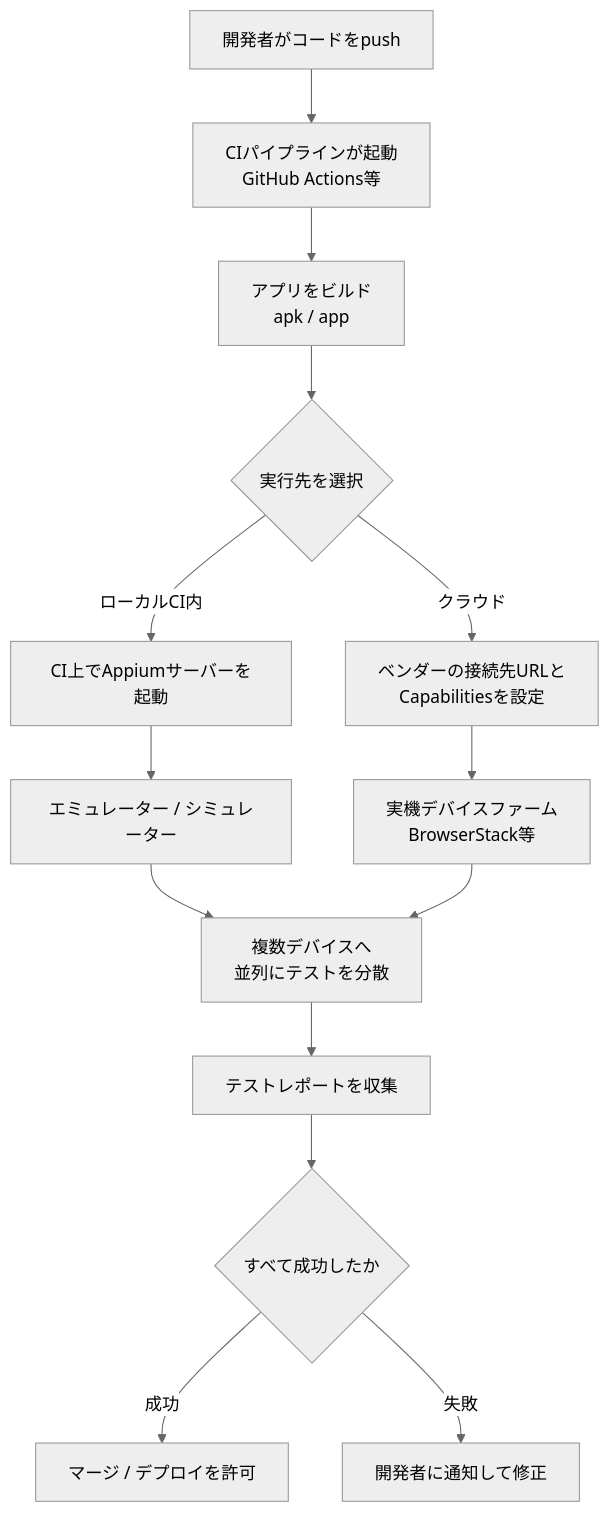
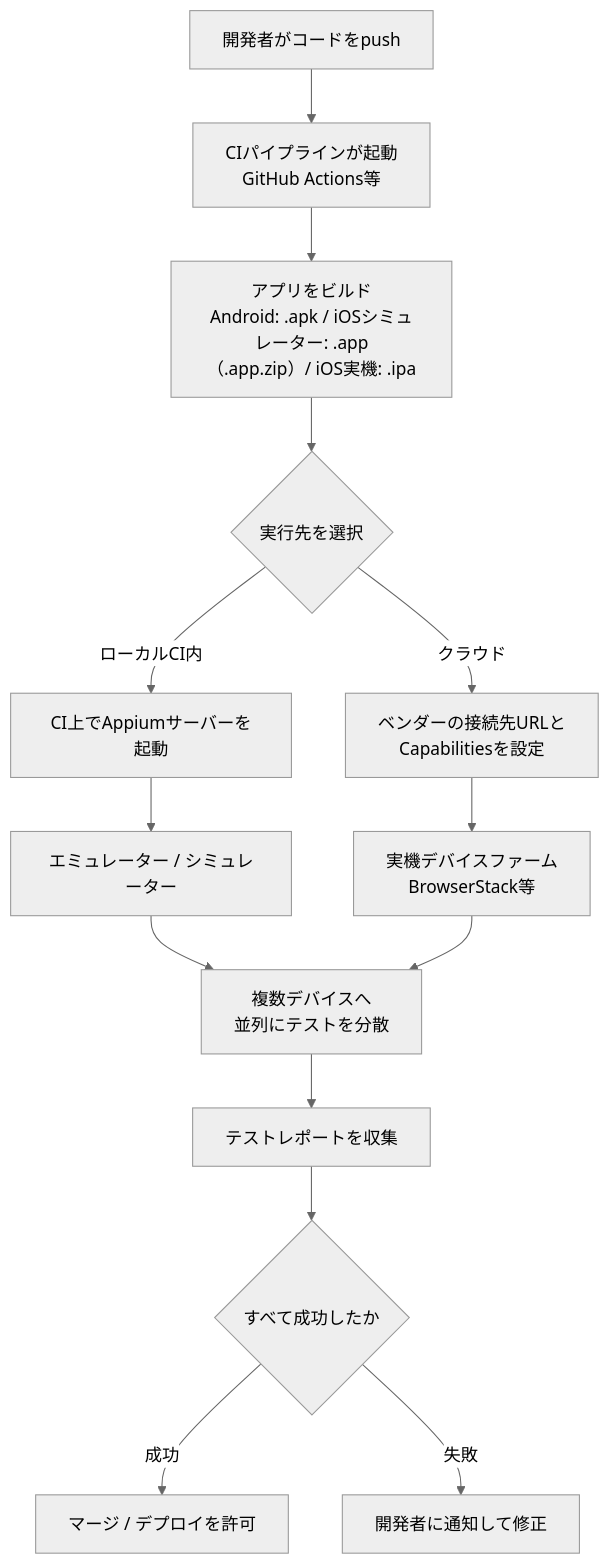
The seventh of 7 diagrams in Appium-essentials-guide.md (myoshi2891/Quality-Assurance-Studies), drawn with Mermaid (neutral theme) before and after one commit. The commit also changed other lines of this file, not shown here.

````diff
--- a/Appium-essentials-guide.md
+++ b/Appium-essentials-guide.md
@@ -642,16 +644,16 @@
 ```mermaid
 flowchart TD
     A["開発者がコードをpush"] --> B["CIパイプラインが起動<br/>GitHub Actions等"]
-    B --> C["アプリをビルド<br/>apk / app"]
+    B --> C["アプリをビルド<br/>Android: .apk / iOSシミュレーター: .app（.app.zip）/ iOS実機: .ipa"]
     C --> E{"実行先を選択"}
     E -->|"ローカルCI内"| D["CI上でAppiumサーバーを起動"]
     D --> F["エミュレーター / シミュレーター"]
     E -->|"クラウド"| R["ベンダーの接続先URLと<br/>Capabilitiesを設定"]
     R --> G["実機デバイスファーム<br/>BrowserStack等"]
     F --> H["複数デバイスへ<br/>並列にテストを分散"]
     G --> H
     H --> I["テストレポートを収集"]
     I --> J{"すべて成功したか"}
     J -->|"成功"| K["マージ / デプロイを許可"]
     J -->|"失敗"| L["開発者に通知して修正"]
 ```
````
